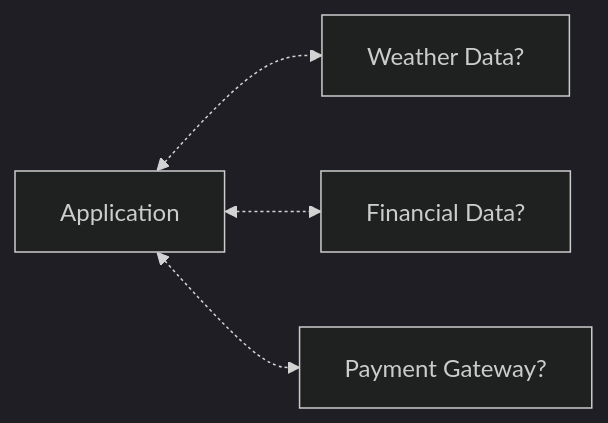
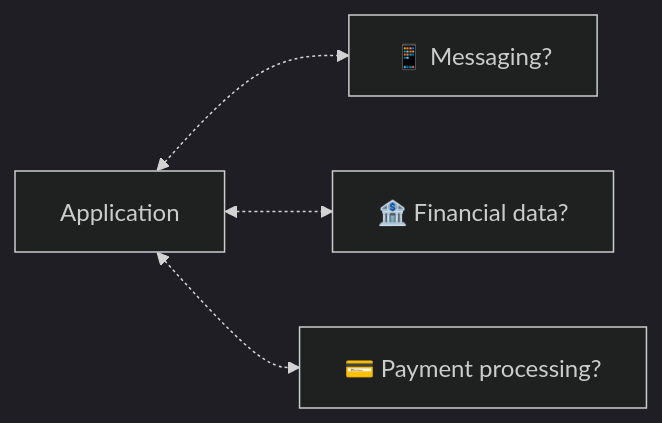
Before and after one commit to taneron/konfig: the first of 4 diagrams in generator/konfig-docs/blog/2023/07/11-openapi.mdx, drawn with Mermaid (dark theme). The commit also changed other lines of this file and 2 other files, not shown here.

````diff
--- a/generator/konfig-docs/blog/2023/07/11-openapi.mdx
+++ b/generator/konfig-docs/blog/2023/07/11-openapi.mdx
@@ -34,6 +31,6 @@
 ```mermaid
 flowchart LR
-    A[Application] <-.-> W[Weather Data?]
-    A <-.-> S[Financial Data?]
-    A <-.-> P[Payment Gateway?]
+    A[Application] <-.-> W["📱 Messaging?"]
+    A <-.-> S["🏦 Financial data?"]
+    A <-.-> P["💳 Payment processing?"]
 ```
````
